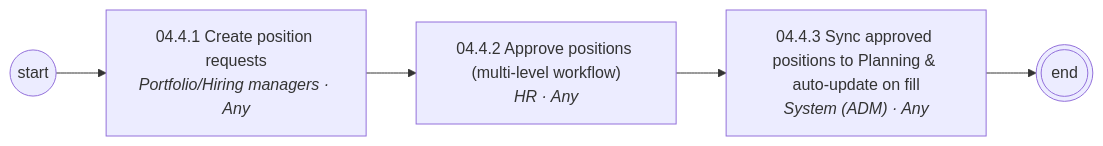
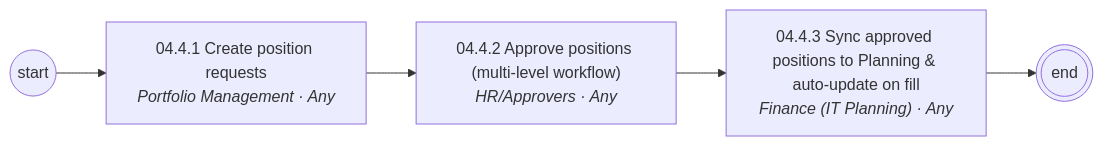
One commit to corbyjames/apptio-process-catalog changed the fifth of 6 diagrams in diagrams/mermaid/area-04.md. Above: the diagram before and after it, drawn with Mermaid. The commit also changed other lines of this file and 251 other files, not shown here.

````diff
--- a/diagrams/mermaid/area-04.md
+++ b/diagrams/mermaid/area-04.md
@@ -69,11 +69,11 @@
 ```mermaid
 flowchart LR
   S((start))
-  N04_4_1["04.4.1 Create position requests<br/><i>Portfolio/Hiring managers · Any</i>"]
+  N04_4_1["04.4.1 Create position requests<br/><i>Portfolio Management · Any</i>"]
   S --> N04_4_1
-  N04_4_2["04.4.2 Approve positions (multi-level workflow)<br/><i>HR · Any</i>"]
+  N04_4_2["04.4.2 Approve positions (multi-level workflow)<br/><i>HR/Approvers · Any</i>"]
   N04_4_1 --> N04_4_2
-  N04_4_3["04.4.3 Sync approved positions to Planning & auto-update on fill<br/><i>System (ADM) · Any</i>"]
+  N04_4_3["04.4.3 Sync approved positions to Planning & auto-update on fill<br/><i>Finance (IT Planning) · Any</i>"]
   N04_4_2 --> N04_4_3
   N04_4_3 --> E(((end)))
 ```
````
